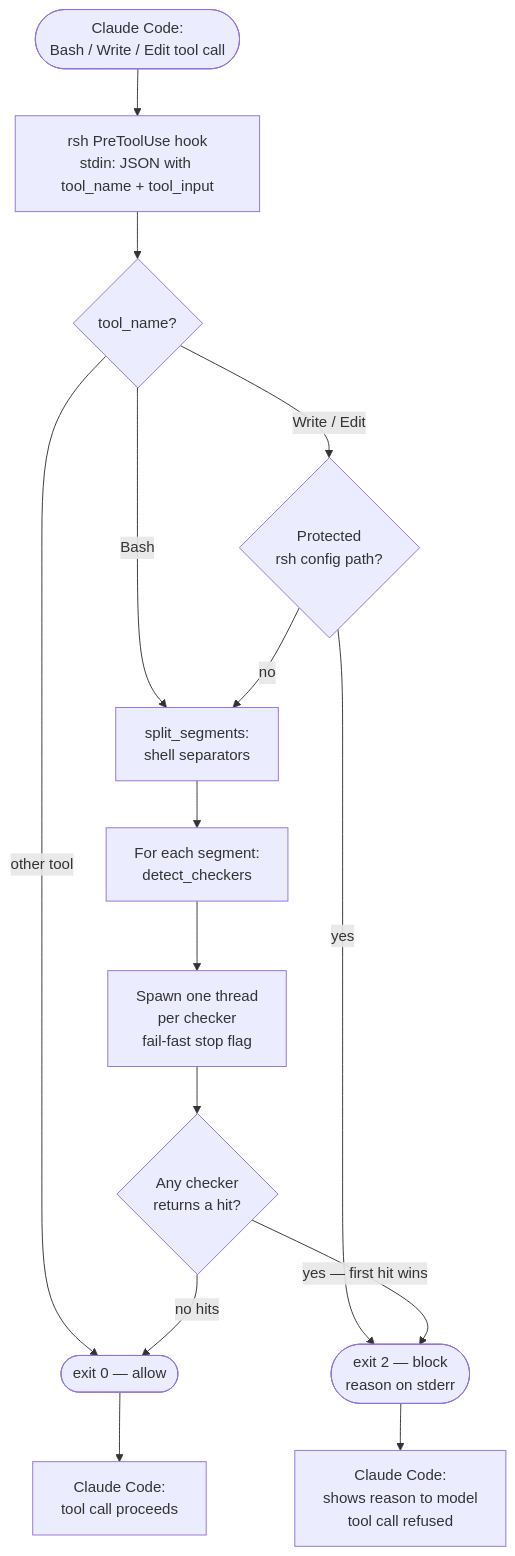
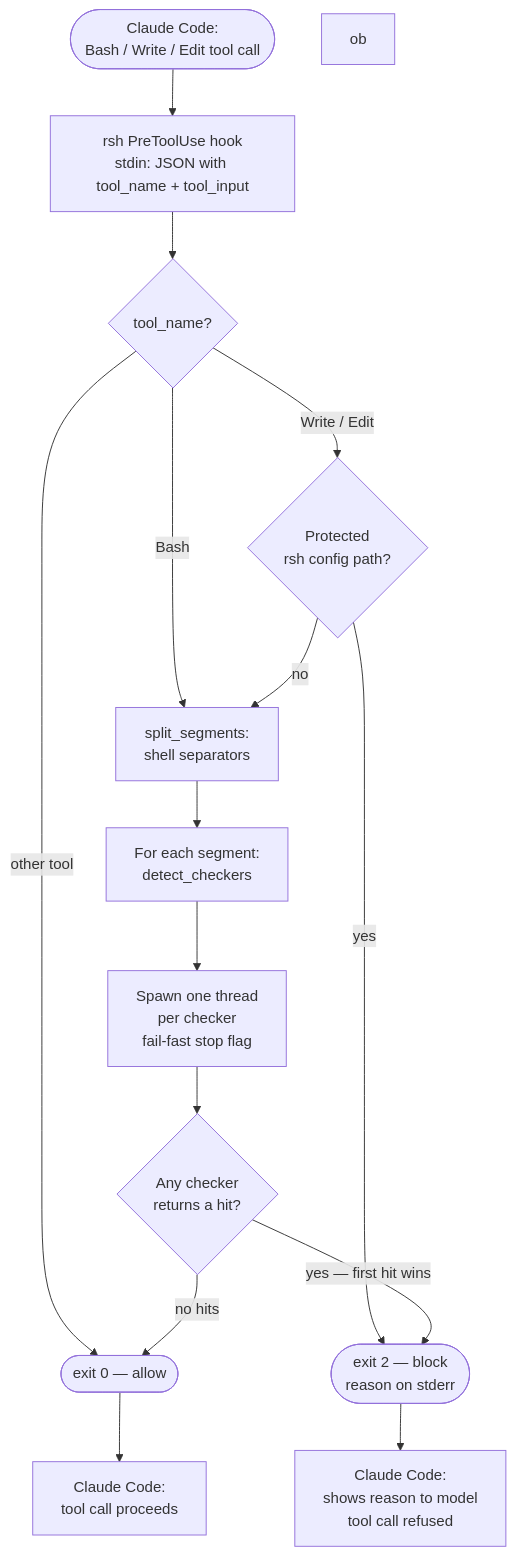
The diagram in docs/index.md (thePermission/RustSecurityHook), drawn with Mermaid before and after one commit. The commit also changed other lines of this file, not shown here.

````diff
--- a/docs/index.md
+++ b/docs/index.md
@@ -15,24 +25,24 @@
 ```mermaid
 flowchart TD
     A([Claude Code:\nBash / Write / Edit tool call]) --> B[rsh PreToolUse hook\nstdin: JSON with tool_name + tool_input]
     B --> C{tool_name?}
-
+ob
     C -->|other tool| ALLOW([exit 0 — allow])
     C -->|Write / Edit| W1{Protected\nrsh config path?}
     C -->|Bash| D[split_segments:\nshell separators]
 
     W1 -->|yes| BLOCK
     W1 -->|no| D
 
     D --> E[For each segment:\ndetect_checkers]
 
     E --> F[Spawn one thread\nper checker\nfail-fast stop flag]
 
     F --> G{Any checker\nreturns a hit?}
 
     G -->|yes — first hit wins| BLOCK([exit 2 — block\nreason on stderr])
     G -->|no hits| ALLOW
 
     BLOCK --> CC[Claude Code:\nshows reason to model\ntool call refused]
     ALLOW --> CC2[Claude Code:\ntool call proceeds]
 ```
````
